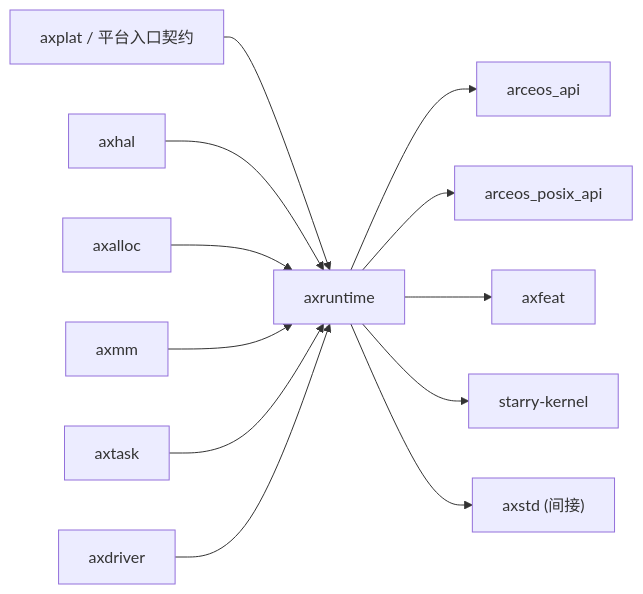
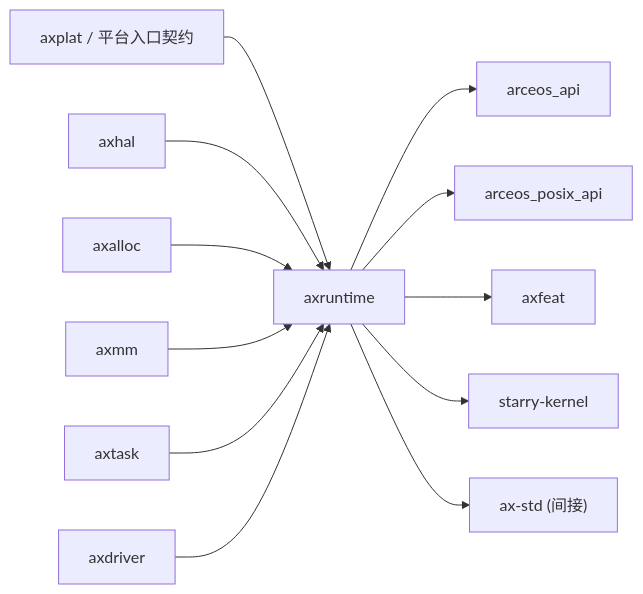
One commit to rcore-os/tgoskits changed the second of 2 diagrams in docs/crates/axruntime.md. Above: the diagram before and after it, drawn with Mermaid. The commit also changed other lines of this file and 153 other files, not shown here.

Commit message:
rename axstd to ax-std

````diff
--- a/docs/crates/axruntime.md
+++ b/docs/crates/axruntime.md
@@ -117,15 +117,15 @@
 ```mermaid
 graph LR
     axplat["axplat / 平台入口契约"] --> axruntime["axruntime"]
     axhal["axhal"] --> axruntime
     axalloc["axalloc"] --> axruntime
     axmm["axmm"] --> axruntime
     axtask["axtask"] --> axruntime
     axdriver["axdriver"] --> axruntime
 
     axruntime --> arceos_api["arceos_api"]
     axruntime --> arceos_posix_api["arceos_posix_api"]
     axruntime --> axfeat["axfeat"]
     axruntime --> starry_kernel["starry-kernel"]
-    axruntime --> axstd["axstd (间接)"]
+    axruntime --> ax-std["ax-std (间接)"]
 ```
````
